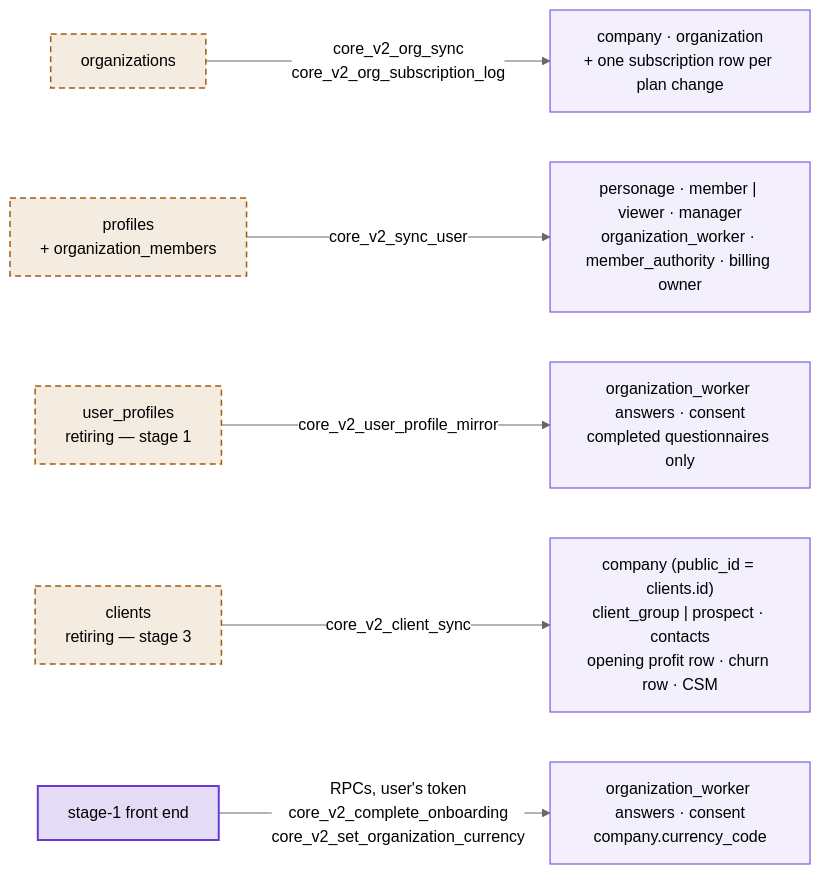
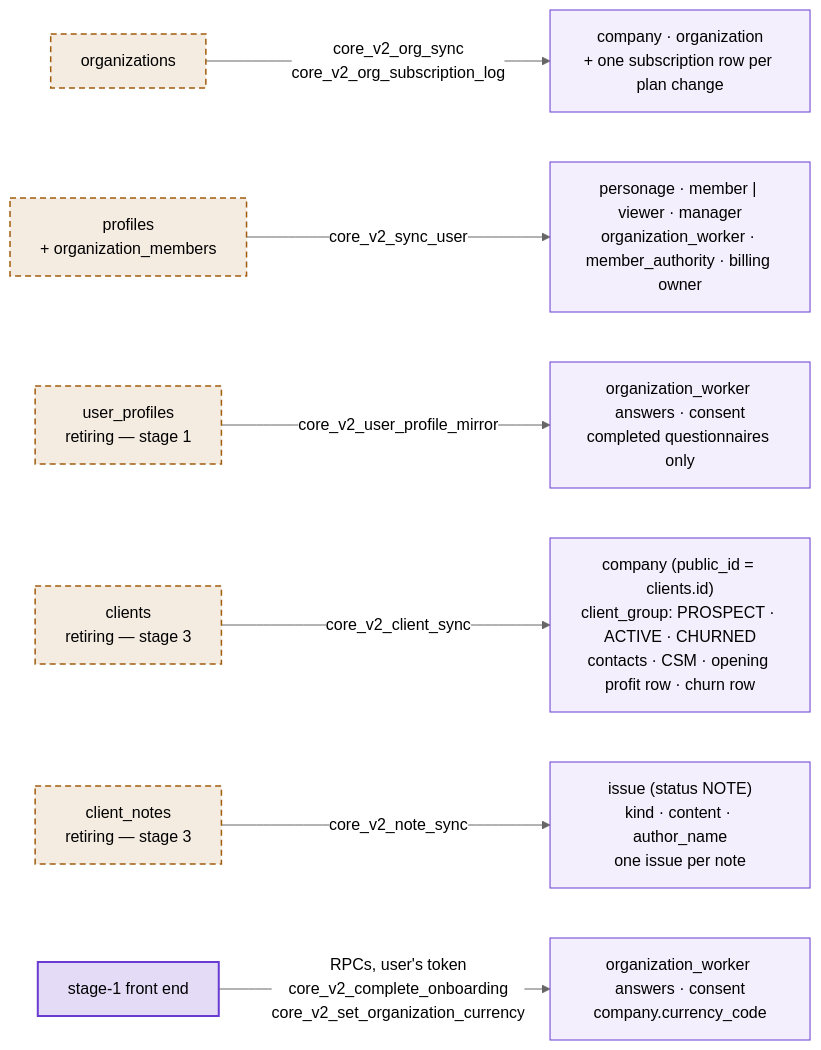
The fifth of 9 diagrams in docs/DATABASE_DIAGRAM_CORE_V2.md (modeun92/scalyo_new), drawn with Mermaid (neutral theme) before and after one commit. The commit also changed other lines of this file and 6 other files, not shown here.

````diff
--- a/docs/DATABASE_DIAGRAM_CORE_V2.md
+++ b/docs/DATABASE_DIAGRAM_CORE_V2.md
@@ -275,11 +268,12 @@
 ```mermaid
 flowchart LR
   classDef old fill:#A15C0E1F,stroke:#A15C0E,stroke-width:1.5px,stroke-dasharray:6 4;
   classDef v2 fill:#6A3BD214,stroke:#6A3BD2,stroke-width:1px;
   classDef fe fill:#6A3BD22E,stroke:#6A3BD2,stroke-width:2px;
   O["organizations"]:::old -- "core_v2_org_sync<br/>core_v2_org_subscription_log" --> O2["company · organization<br/>+ one subscription row per plan change"]:::v2
   P["profiles<br/>+ organization_members"]:::old -- "core_v2_sync_user" --> P2["personage · member | viewer · manager<br/>organization_worker · member_authority · billing owner"]:::v2
   U["user_profiles<br/>retiring — stage 1"]:::old -- "core_v2_user_profile_mirror" --> U2["organization_worker answers · consent<br/>completed questionnaires only"]:::v2
-  C["clients<br/>retiring — stage 3"]:::old -- "core_v2_client_sync" --> C2["company (public_id = clients.id)<br/>client_group | prospect · contacts<br/>opening profit row · churn row · CSM"]:::v2
+  C["clients<br/>retiring — stage 3"]:::old -- "core_v2_client_sync" --> C2["company (public_id = clients.id)<br/>client_group: PROSPECT · ACTIVE · CHURNED<br/>contacts · CSM · opening profit row · churn row"]:::v2
+  N["client_notes<br/>retiring — stage 3"]:::old -- "core_v2_note_sync" --> N2["issue (status NOTE)<br/>kind · content · author_name<br/>one issue per note"]:::v2
   F["stage-1 front end"]:::fe -- "RPCs, user's token<br/>core_v2_complete_onboarding<br/>core_v2_set_organization_currency" --> F2["organization_worker answers · consent<br/>company.currency_code"]:::v2
 ```
````
